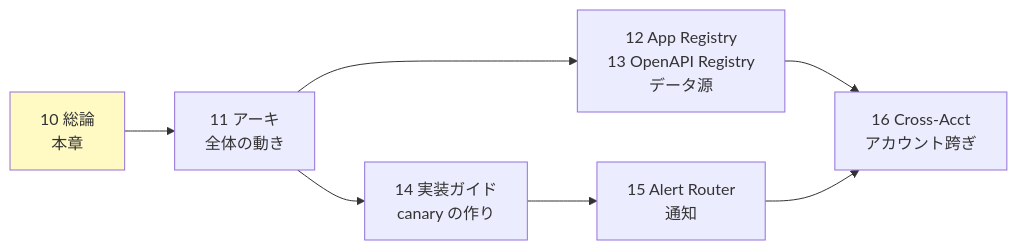
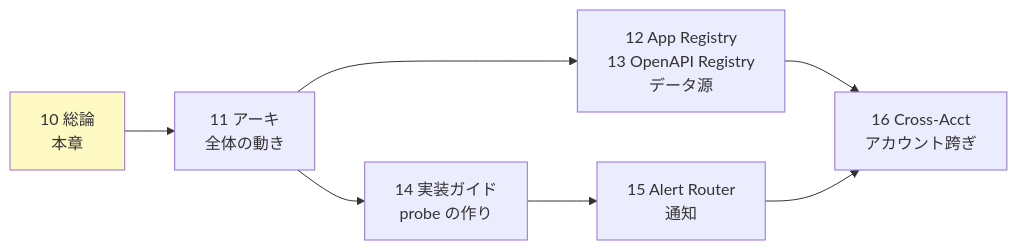
Before and after one commit to suepie/aws-atuh-poc: the fourth of 4 diagrams in doc/api-platform/basic-design/10-external-monitoring-overview.md, drawn with Mermaid. The commit also changed other lines of this file and 14 other files, not shown here.

````diff
--- a/doc/api-platform/basic-design/10-external-monitoring-overview.md
+++ b/doc/api-platform/basic-design/10-external-monitoring-overview.md
@@ -195,10 +195,10 @@
 ```mermaid
 flowchart LR
     O[10 総論<br/>本章] --> A[11 アーキ<br/>全体の動き]
     A --> R[12 App Registry<br/>13 OpenAPI Registry<br/>データ源]
-    A --> I[14 実装ガイド<br/>canary の作り]
+    A --> I[14 実装ガイド<br/>probe の作り]
     I --> AL[15 Alert Router<br/>通知]
     R --> X[16 Cross-Acct<br/>アカウント跨ぎ]
     AL --> X
     style O fill:#fff9c4
 ```
````
